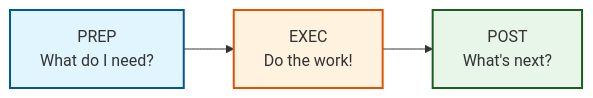
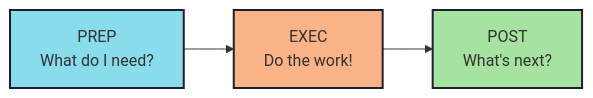
One commit to mark3labs/flyt changed the first of 2 diagrams in README.md. Above: the diagram before and after it, drawn with Mermaid. The commit also changed other lines of this file and 1 other file, not shown here.

````diff
--- a/README.md
+++ b/README.md
@@ -22,9 +22,9 @@
 ```mermaid
 graph LR
     PREP[PREP<br/>What do I need?] --> EXEC[EXEC<br/>Do the work!]
     EXEC --> POST[POST<br/>What's next?]
     
-    style PREP fill:#e1f5fe,stroke:#01579b,stroke-width:2px
-    style EXEC fill:#fff3e0,stroke:#e65100,stroke-width:2px
-    style POST fill:#e8f5e9,stroke:#1b5e20,stroke-width:2px
+    style PREP fill:#89dceb,stroke:#1e1e2e,stroke-width:2px
+    style EXEC fill:#fab387,stroke:#1e1e2e,stroke-width:2px
+    style POST fill:#a6e3a1,stroke:#1e1e2e,stroke-width:2px
 ```
````
